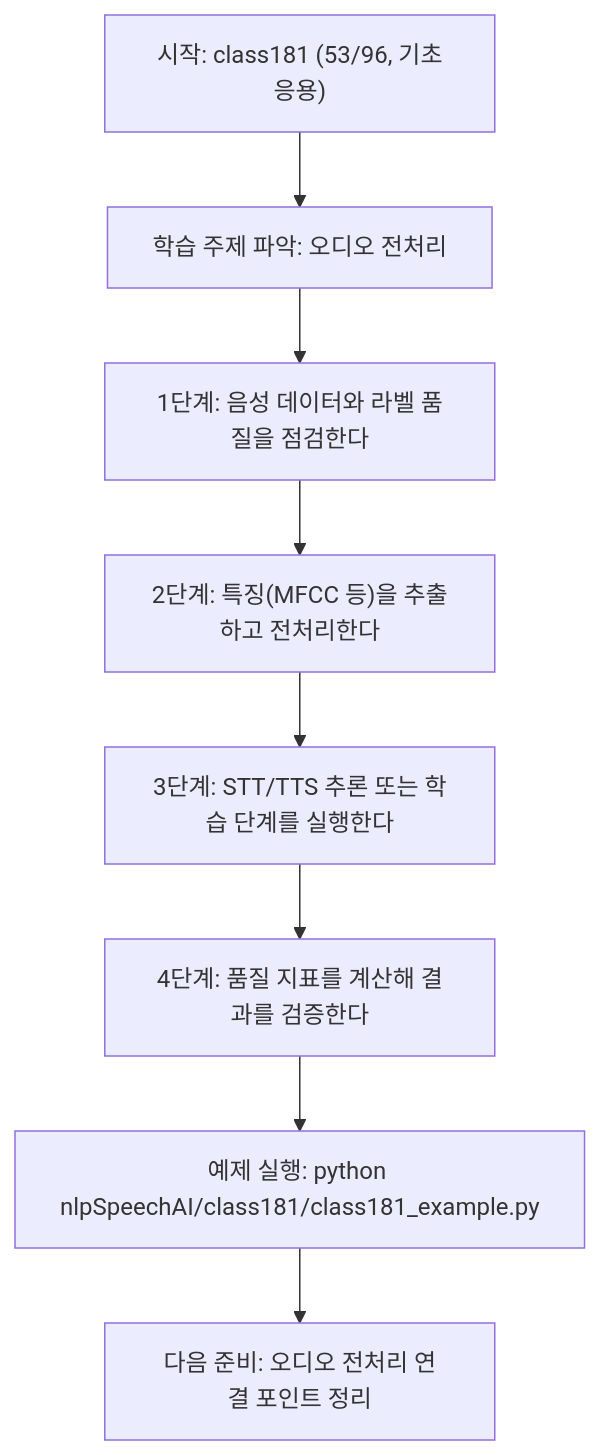
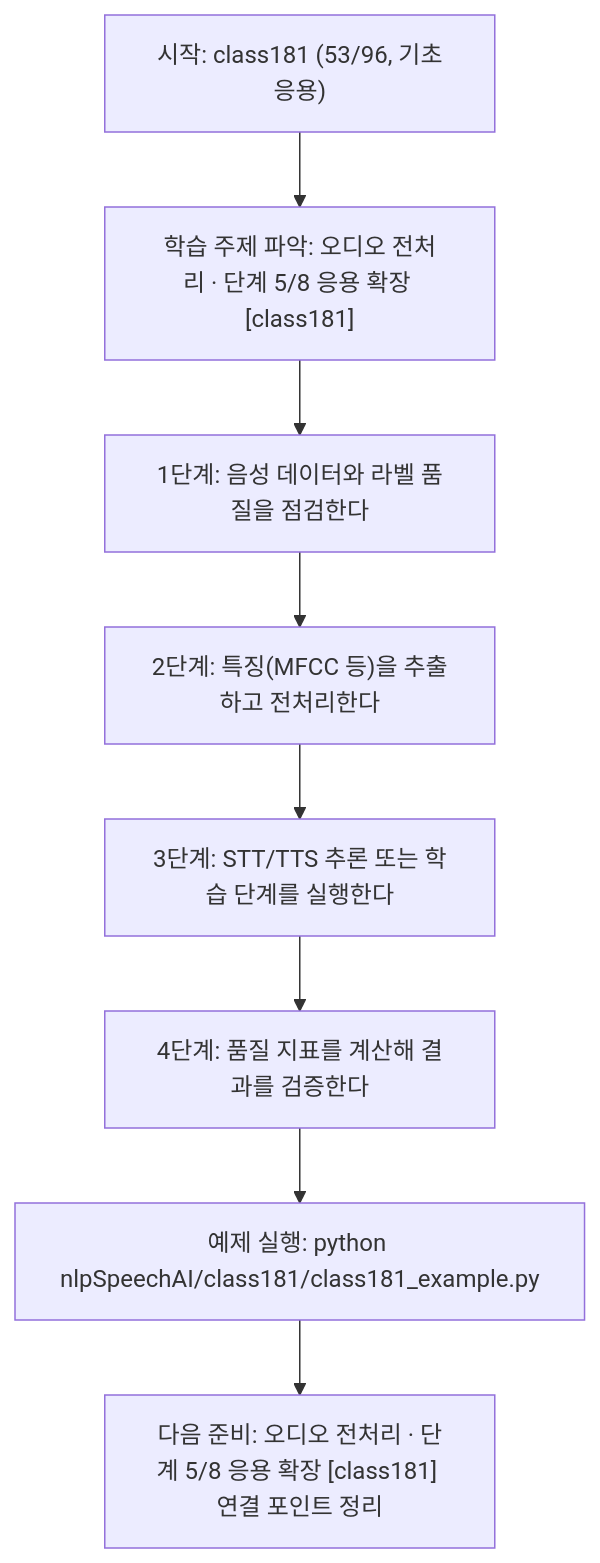
Before and after one commit to edumgt/Python-AI_Agent-Class: the diagram in nlpSpeechAI/class181/class181.md, drawn with Mermaid. The commit also changed other lines of this file and 522 other files, not shown here.

````diff
--- a/nlpSpeechAI/class181/class181.md
+++ b/nlpSpeechAI/class181/class181.md
@@ -112,18 +113,18 @@
 ```mermaid
 flowchart TD
 N1["시작: class181 (53/96, 기초응용)"]
-N2["학습 주제 파악: 오디오 전처리"]
+N2["학습 주제 파악: 오디오 전처리 · 단계 5/8 응용 확장 [class181]"]
 N3["1단계: 음성 데이터와 라벨 품질을 점검한다"]
 N4["2단계: 특징(MFCC 등)을 추출하고 전처리한다"]
 N5["3단계: STT/TTS 추론 또는 학습 단계를 실행한다"]
 N6["4단계: 품질 지표를 계산해 결과를 검증한다"]
 N7["예제 실행: python nlpSpeechAI/class181/class181_example.py"]
-N8["다음 준비: 오디오 전처리 연결 포인트 정리"]
+N8["다음 준비: 오디오 전처리 · 단계 5/8 응용 확장 [class181] 연결 포인트 정리"]
 N1 --> N2
 N2 --> N3
 N3 --> N4
 N4 --> N5
 N5 --> N6
 N6 --> N7
 N7 --> N8
 ```
````
